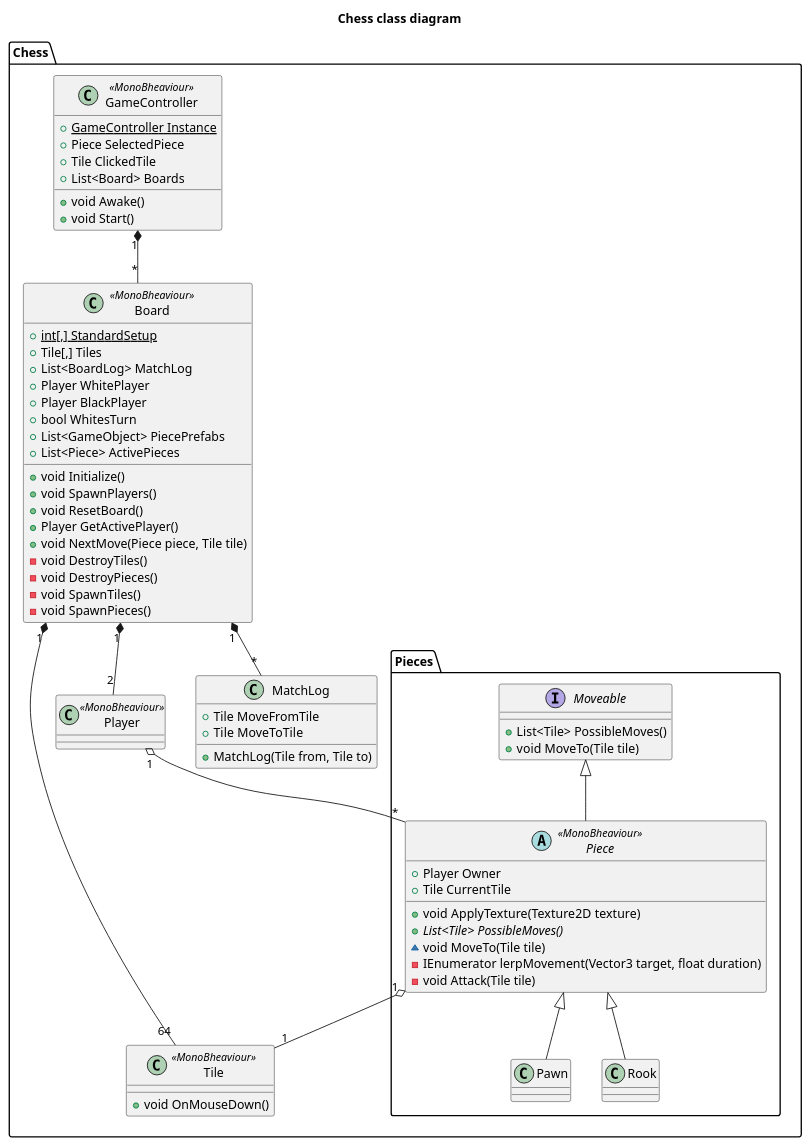
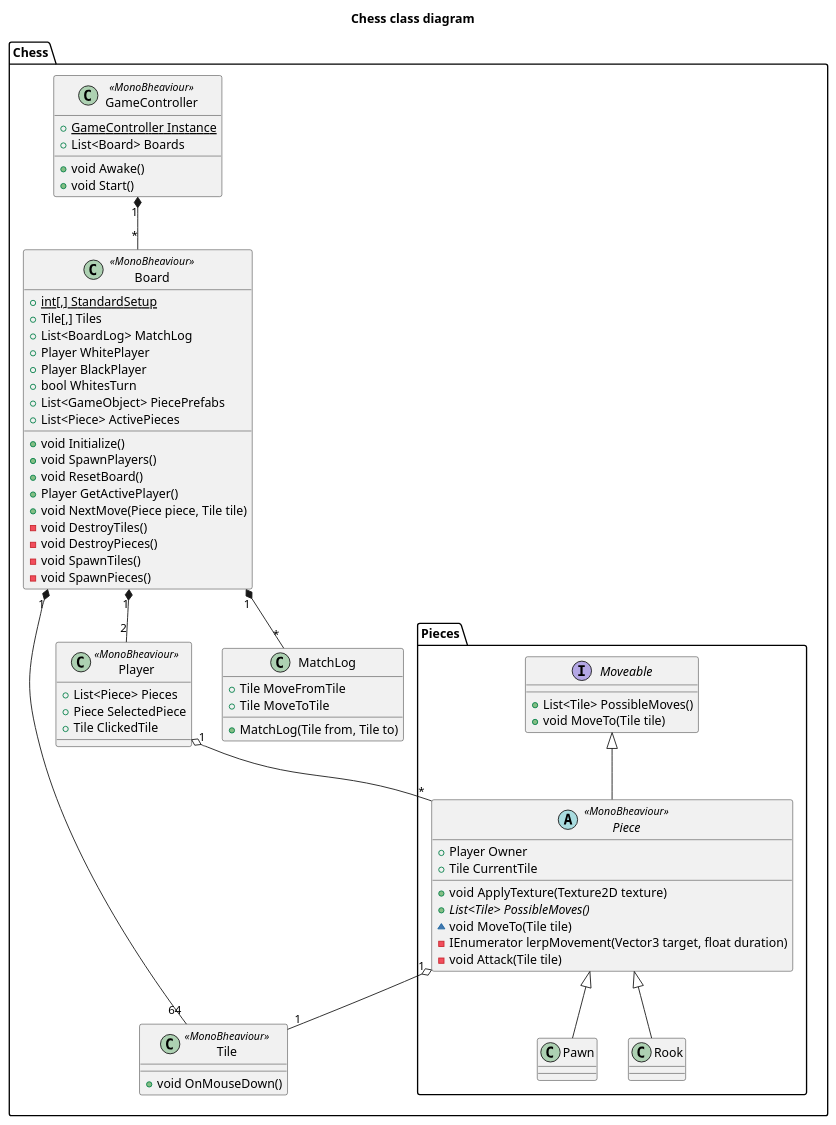
The diagram in Assets/Docs/C4/Tier4/Chess/Chess.puml (mjesper90/Network), drawn with PlantUML before and after one commit.

Commit message:
Chess class diagram small clean
Chess class diagram small clean

```diff
--- a/Assets/Docs/C4/Tier4/Chess/Chess.puml
+++ b/Assets/Docs/C4/Tier4/Chess/Chess.puml
@@ -1,82 +1,82 @@
 @startuml Chess class diagram
 
 title Chess class diagram
 
 namespace Chess {
     class GameController <<MonoBheaviour>>{
         + {static} GameController Instance
-        + Piece SelectedPiece
-        + Tile ClickedTile
         + List<Board> Boards
         + void Awake()
         + void Start()
     }
 
     class MatchLog{
         + Tile MoveFromTile
         + Tile MoveToTile
         + MatchLog(Tile from, Tile to)
     }
 
     class Board <<MonoBheaviour>> {
         + {static} int[,] StandardSetup
         + Tile[,] Tiles
         + List<BoardLog> MatchLog
         + Player WhitePlayer
         + Player BlackPlayer
         + bool WhitesTurn
         + List<GameObject> PiecePrefabs
         + List<Piece> ActivePieces
         + void Initialize()
         + void SpawnPlayers()
         + void ResetBoard()
         + Player GetActivePlayer()
         + void NextMove(Piece piece, Tile tile)
         - void DestroyTiles()
         - void DestroyPieces()
         - void SpawnTiles()
         - void SpawnPieces()
     }
 
     class Tile <<MonoBheaviour>>{
         + void OnMouseDown()
     }
 
     class Player <<MonoBheaviour>> {
-
+        + List<Piece> Pieces
+        + Piece SelectedPiece
+        + Tile ClickedTile
     }
 
     namespace Pieces {
         interface Moveable {
             + List<Tile> PossibleMoves()
             + void MoveTo(Tile tile)
         }
         abstract class Piece <<MonoBheaviour>> {
             + Player Owner
             + Tile CurrentTile
             + void ApplyTexture(Texture2D texture)
             + {abstract} List<Tile> PossibleMoves()
             ~ void MoveTo(Tile tile)
             - IEnumerator lerpMovement(Vector3 target, float duration)
             - void Attack(Tile tile)
         }
 
         class Pawn {}
         class Rook {}
     }
 
 }
 
 Chess.GameController "1" *-- "*" Chess.Board
 Chess.Board "1" *-- "64" Chess.Tile
 Chess.Board "1" *-- "*" Chess.MatchLog
 Chess.Board "1" *-- "2" Chess.Player
 Chess.Player "1" o-- "*" Chess.Pieces.Piece
 Chess.Pieces.Piece "1" o-- "1" Chess.Tile
 
 Chess.Pieces.Piece -up-|> Chess.Pieces.Moveable
 Chess.Pieces.Piece <|-- Chess.Pieces.Pawn
 Chess.Pieces.Piece <|-- Chess.Pieces.Rook
 
 
 @enduml
```
